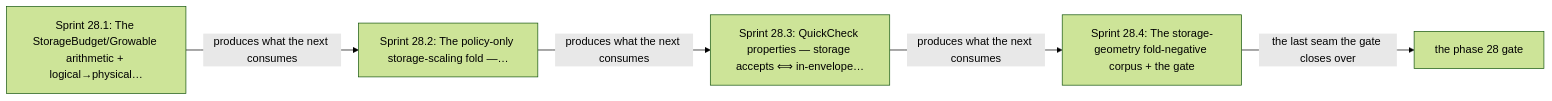
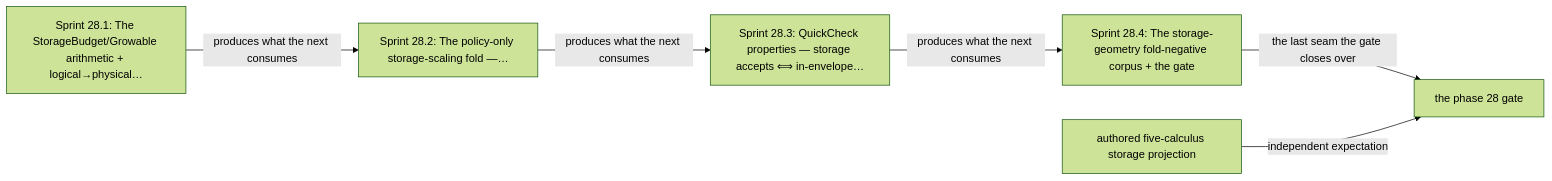
The diagram in DEVELOPMENT_PLAN/phase_28_storage_geometry_folds.md (Tuee22/amoebius), drawn with Mermaid (forest theme) before and after one commit. The commit also changed other lines of this file and 618 other files, not shown here.

````diff
--- a/DEVELOPMENT_PLAN/phase_28_storage_geometry_folds.md
+++ b/DEVELOPMENT_PLAN/phase_28_storage_geometry_folds.md
@@ -197,13 +213,15 @@
 ```mermaid
 flowchart LR
   %% register: orientation
   s0["Sprint 28.1: The StorageBudget/Growable arithmetic + logical→physical…"]
   s1["Sprint 28.2: The policy-only storage-scaling fold —…"]
   s2["Sprint 28.3: QuickCheck properties — storage accepts ⟺ in-envelope…"]
   s3["Sprint 28.4: The storage-geometry fold-negative corpus + the gate"]
+  calc["authored five-calculus storage projection"]
   gate["the phase 28 gate"]
   s0 -->|"produces what the next consumes"| s1
   s1 -->|"produces what the next consumes"| s2
   s2 -->|"produces what the next consumes"| s3
   s3 -->|"the last seam the gate closes over"| gate
+  calc -->|"independent expectation"| gate
 ```
````
